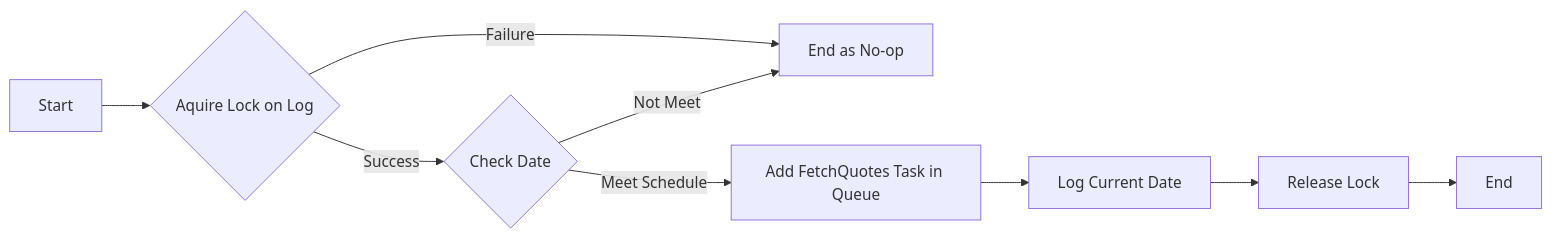
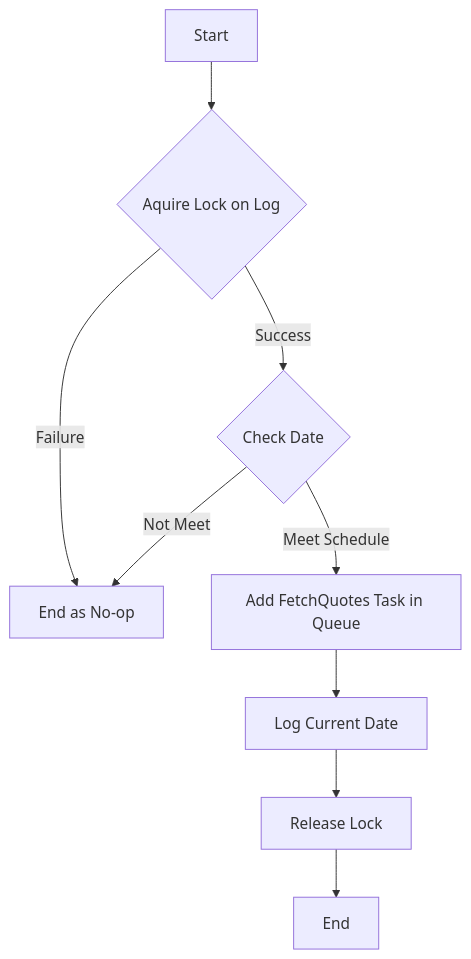
The second of 3 diagrams in _posts/2021-09-27-finana-project-design.md (zujiancai/zujiancai.github.io), drawn with Mermaid before and after one commit. The commit also changed other lines of this file, not shown here.

```diff
--- a/_posts/2021-09-27-finana-project-design.md
+++ b/_posts/2021-09-27-finana-project-design.md
@@ -249,11 +251,11 @@
-<div class="mermaid">
-    graph LR
-    A[Start] --> B{Aquire Lock on Log}
-    B -->|Success| C{Check Date}
-    B -->|Failure| D[End as No-op]
-    C -->|Meet Schedule| E[Add FetchQuotes Task in Queue]
-    C -->|Not Meet| D
-    E --> F[Log Current Date]
-    F --> G[Release Lock]
-    G --> H[End]
-</div>
+    <div class="mermaid">
+        graph TD
+        A[Start] --> B{Aquire Lock on Log}
+        B -->|Success| C{Check Date}
+        B -->|Failure| D[End as No-op]
+        C -->|Meet Schedule| E[Add FetchQuotes Task in Queue]
+        C -->|Not Meet| D
+        E --> F[Log Current Date]
+        F --> G[Release Lock]
+        G --> H[End]
+    </div>
```
